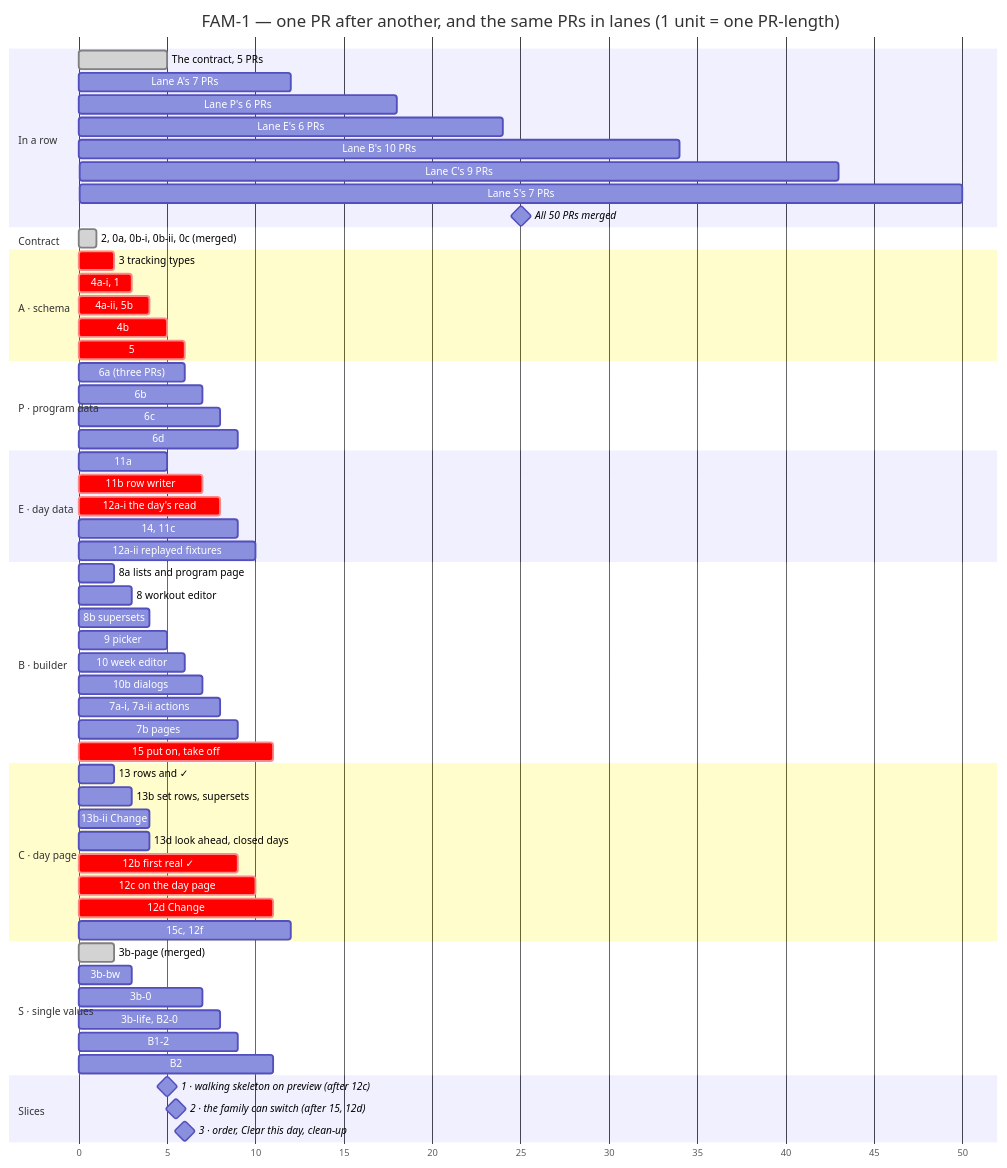
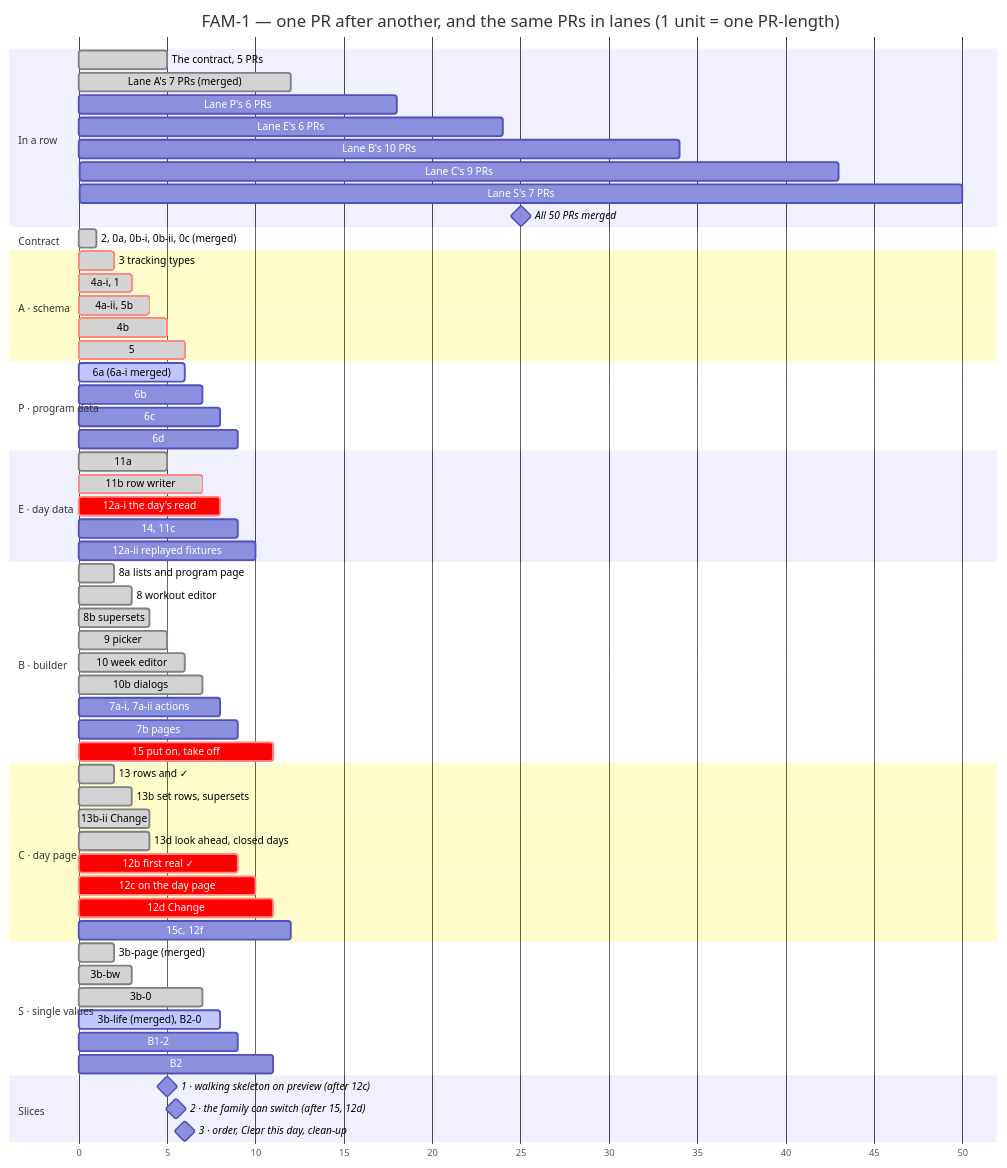
The second of 2 diagrams in docs/milestones/fam-1-family-program.md (ralamode/mat-plan), drawn with Mermaid before and after one commit. The commit also changed other lines of this file and 8 other files, not shown here.

````diff
--- a/docs/milestones/fam-1-family-program.md
+++ b/docs/milestones/fam-1-family-program.md
@@ -258,74 +258,74 @@
 ```mermaid
 gantt
   title FAM-1 — one PR after another, and the same PRs in lanes (1 unit = one PR-length)
   dateFormat X
   axisFormat %s
   todayMarker off
 
   section In a row
   The contract, 5 PRs          :done, r0, 0, 5
-  Lane A's 7 PRs               :r1, 5, 12
+  Lane A's 7 PRs (merged)      :done, r1, 5, 12
   Lane P's 6 PRs               :r2, 12, 18
   Lane E's 6 PRs               :r3, 18, 24
   Lane B's 10 PRs              :r4, 24, 34
   Lane C's 9 PRs               :r5, 34, 43
   Lane S's 7 PRs               :r6, 43, 50
   All 50 PRs merged            :milestone, rm, 50, 50
 
   section Contract
   2, 0a, 0b-i, 0b-ii, 0c (merged) :done, c0, 0, 1
 
   section A · schema
-  3 tracking types             :crit, a1, 1, 2
-  4a-i, 1                      :crit, a2, 2, 3
-  4a-ii, 5b                    :crit, a3, 3, 4
-  4b                           :crit, a4, 4, 5
-  5                            :crit, a5, 5, 6
+  3 tracking types             :crit, done, a1, 1, 2
+  4a-i, 1                      :crit, done, a2, 2, 3
+  4a-ii, 5b                    :crit, done, a3, 3, 4
+  4b                           :crit, done, a4, 4, 5
+  5                            :crit, done, a5, 5, 6
 
   section P · program data
-  6a (three PRs)               :p1, 5, 6
+  6a (6a-i merged)             :active, p1, 5, 6
   6b                           :p2, 6, 7
   6c                           :p3, 7, 8
   6d                           :p4, 8, 9
 
   section E · day data
-  11a                          :e1, 4, 5
-  11b row writer               :crit, e2, 5, 7
+  11a                          :done, e1, 4, 5
+  11b row writer               :crit, done, e2, 5, 7
   12a-i the day's read         :crit, e3, 7, 8
   14, 11c                      :e4, 8, 9
   12a-ii replayed fixtures     :e5, 9, 10
 
   section B · builder
-  8a lists and program page    :b1, 1, 2
-  8 workout editor             :b2, 2, 3
-  8b supersets                 :b3, 3, 4
-  9 picker                     :b4, 4, 5
-  10 week editor               :b5, 5, 6
-  10b dialogs                  :b6, 6, 7
+  8a lists and program page    :done, b1, 1, 2
+  8 workout editor             :done, b2, 2, 3
+  8b supersets                 :done, b3, 3, 4
+  9 picker                     :done, b4, 4, 5
+  10 week editor               :done, b5, 5, 6
+  10b dialogs                  :done, b6, 6, 7
   7a-i, 7a-ii actions          :b7, 7, 8
   7b pages                     :b8, 8, 9
   15 put on, take off          :crit, b9, 10, 11
 
   section C · day page
-  13 rows and ✓                :c1, 1, 2
-  13b set rows, supersets      :c2, 2, 3
-  13b-ii Change                :c2b, 3, 4
-  13d look ahead, closed days  :c3, 3, 4
+  13 rows and ✓                :done, c1, 1, 2
+  13b set rows, supersets      :done, c2, 2, 3
+  13b-ii Change                :done, c2b, 3, 4
+  13d look ahead, closed days  :done, c3, 3, 4
   12b first real ✓             :crit, c4, 8, 9
   12c on the day page          :crit, c5, 9, 10
   12d Change                   :crit, c6, 10, 11
   15c, 12f                     :c7, 11, 12
 
   section S · single values
   3b-page (merged)             :done, s1, 1, 2
-  3b-bw                        :s2, 2, 3
-  3b-0                         :s3, 6, 7
-  3b-life, B2-0                :s4, 7, 8
+  3b-bw                        :done, s2, 2, 3
+  3b-0                         :done, s3, 6, 7
+  3b-life (merged), B2-0       :active, s4, 7, 8
   B1-2                         :s5, 8, 9
   B2                           :s6, 10, 11
 
   section Slices
   1 · walking skeleton on preview (after 12c) :milestone, m1, 10, 10
   2 · the family can switch (after 15, 12d)   :milestone, m2, 11, 11
   3 · order, Clear this day, clean-up         :milestone, m3, 12, 12
 ```
````
